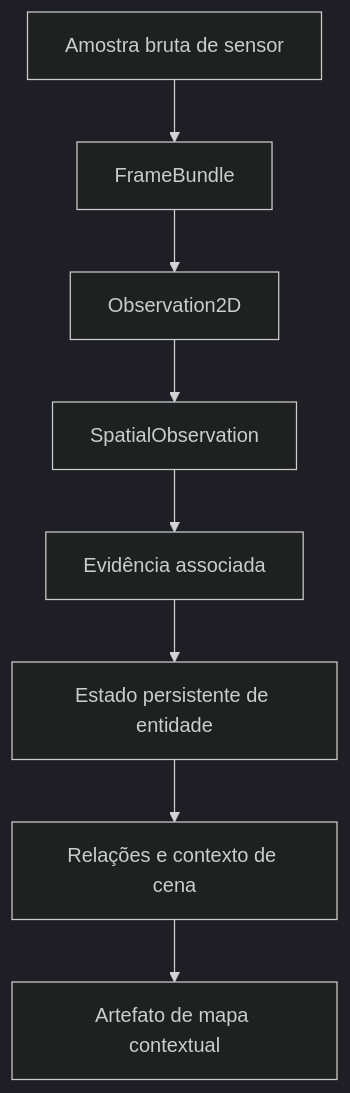
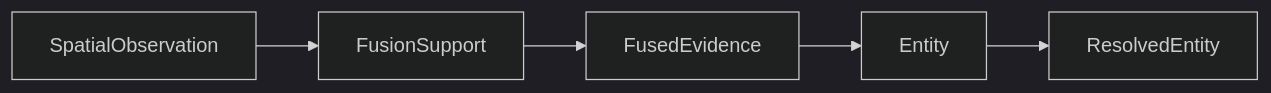
One commit to Alexandre-Tortoza/contextmap2 changed the fifth of 5 diagrams in docs/architecture.md. Above: the diagram before and after it, drawn with Mermaid (dark theme). The commit also changed other lines of this file, not shown here.

First line of the commit message:
docs(architecture): define capability ownership and dependency boundaries

````diff
--- a/docs/architecture.md
+++ b/docs/architecture.md
@@ -38,10 +365,10 @@
 ```mermaid
-flowchart TD
-    A[Amostra bruta de sensor] --> B[FrameBundle]
-    B --> C[Observation2D]
-    C --> D[SpatialObservation]
-    D --> E[Evidência associada]
-    E --> F[Estado persistente de entidade]
-    F --> G[Relações e contexto de cena]
-    G --> H[Artefato de mapa contextual]
+flowchart LR
+    SO[SpatialObservation]
+    FS[FusionSupport]
+    FE[FusedEvidence]
+    E[Entity]
+    RE[ResolvedEntity]
+
+    SO --> FS --> FE --> E --> RE
 ```
````
